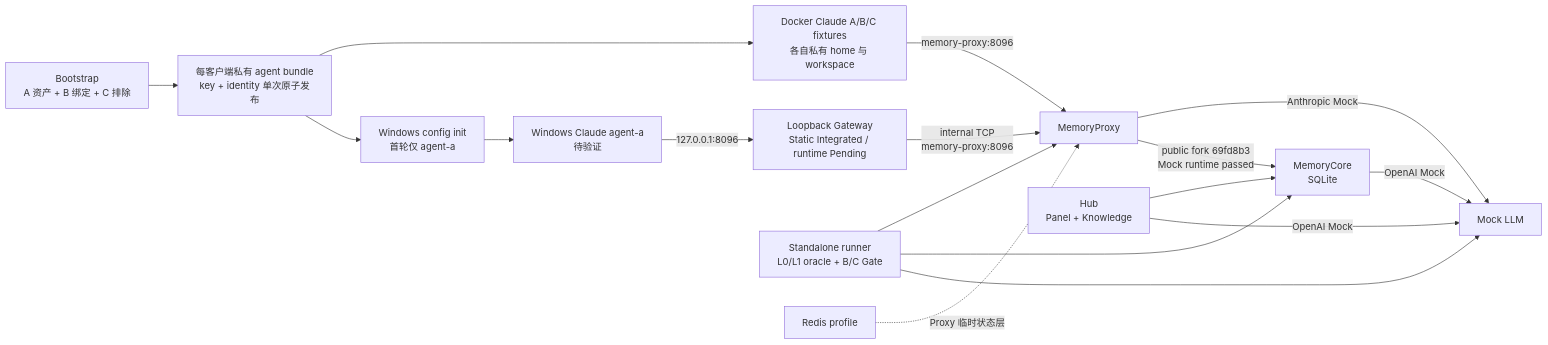
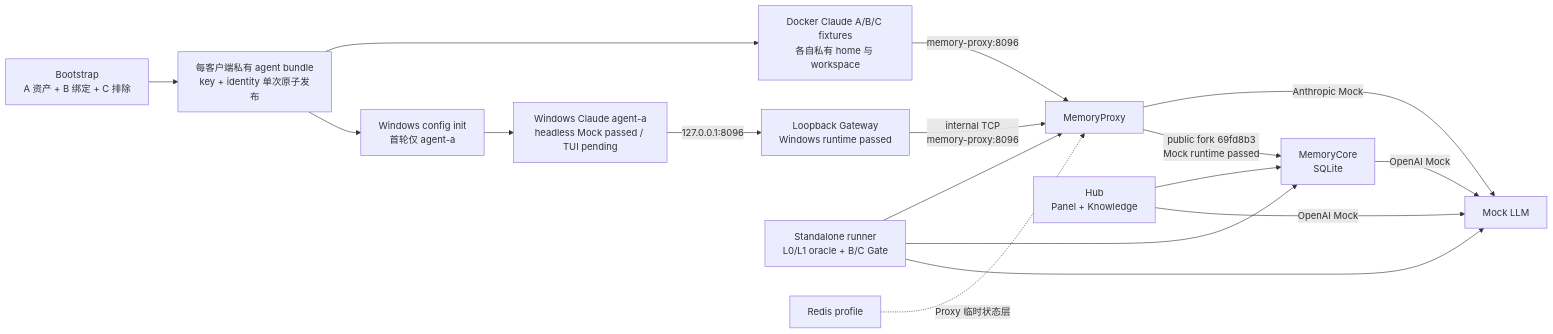
The second of 3 diagrams in docs/enterprise-memory-system-evaluation.md (psiQAQ/agents-memory), drawn with Mermaid before and after one commit. The commit also changed other lines of this file and 3 other files, not shown here.

Commit message:
test: verify Windows Claude through Mock gateway

````diff
--- a/docs/enterprise-memory-system-evaluation.md
+++ b/docs/enterprise-memory-system-evaluation.md
@@ -115,19 +115,19 @@
 ```mermaid
 flowchart LR
   B["Bootstrap<br/>A 资产 + B 绑定 + C 排除"] --> F["每客户端私有 agent bundle<br/>key + identity 单次原子发布"]
   F --> DA["Docker Claude A/B/C fixtures<br/>各自私有 home 与 workspace"]
   F --> WI["Windows config init<br/>首轮仅 agent-a"]
-  WI --> WA["Windows Claude agent-a<br/>待验证"]
-  WA -->|"127.0.0.1:8096"| G["Loopback Gateway<br/>Static Integrated / runtime Pending"]
+  WI --> WA["Windows Claude agent-a<br/>headless Mock passed / TUI pending"]
+  WA -->|"127.0.0.1:8096"| G["Loopback Gateway<br/>Windows runtime passed"]
   G -->|"internal TCP<br/>memory-proxy:8096"| P["MemoryProxy"]
   DA -->|"memory-proxy:8096"| P
   P -->|"Anthropic Mock"| M["Mock LLM"]
   C["MemoryCore<br/>SQLite"] -->|"OpenAI Mock"| M
   T["Standalone runner<br/>L0/L1 oracle + B/C Gate"] --> P
   T --> C
   T --> M
   H["Hub<br/>Panel + Knowledge"] --> C
   H -->|"OpenAI Mock"| M
   P -->|"public fork 69fd8b3<br/>Mock runtime passed"| C
   R["Redis profile"] -. "Proxy 临时状态层" .-> P
 ```
````
